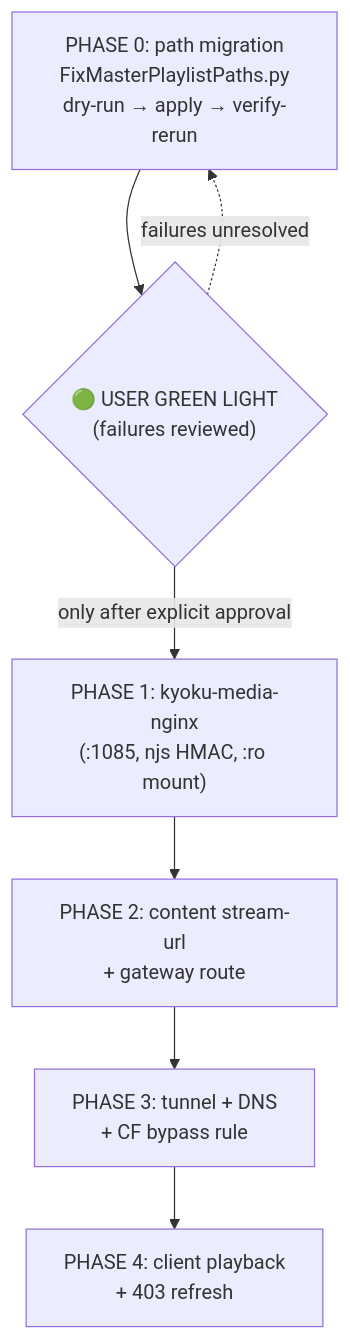
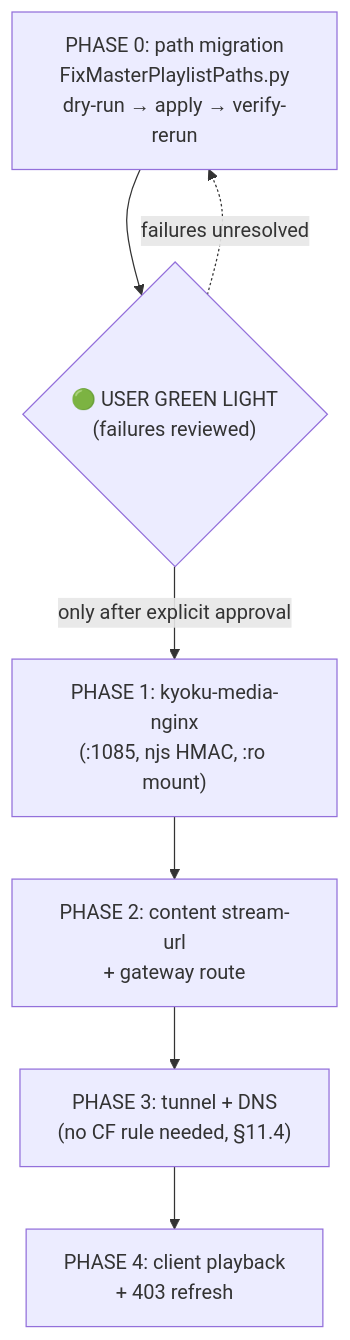
Before and after one commit to POULASTAAdAS/Kyoku: the fourth of 4 diagrams in time-capsule/plans/song-streaming-setup.md, drawn with Mermaid. The commit also changed other lines of this file and 1 other file, not shown here.

Commit message:
FEAT: impl song streaming flow

````diff
--- a/time-capsule/plans/song-streaming-setup.md
+++ b/time-capsule/plans/song-streaming-setup.md
@@ -559,13 +559,13 @@
 ```mermaid
 flowchart TD
     P0["PHASE 0: path migration<br/>FixMasterPlaylistPaths.py<br/>dry-run → apply → verify-rerun"]
     GL{"🟢 USER GREEN LIGHT<br/>(failures reviewed)"}
     P1["PHASE 1: kyoku-media-nginx<br/>(:1085, njs HMAC, :ro mount)"]
     P2["PHASE 2: content stream-url<br/>+ gateway route"]
-    P3["PHASE 3: tunnel + DNS<br/>+ CF bypass rule"]
+    P3["PHASE 3: tunnel + DNS<br/>(no CF rule needed, §11.4)"]
     P4["PHASE 4: client playback<br/>+ 403 refresh"]
 
     P0 --> GL
     GL -->|only after explicit approval| P1 --> P2 --> P3 --> P4
     GL -.->|failures unresolved| P0
 ```
````
